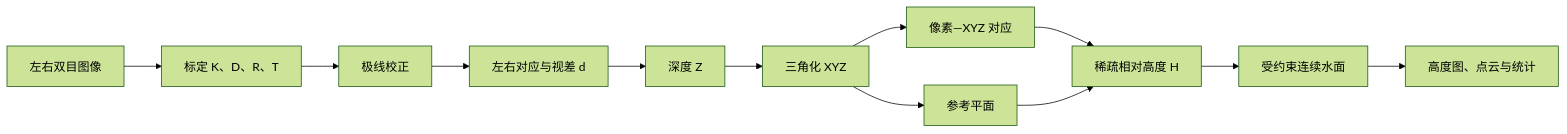
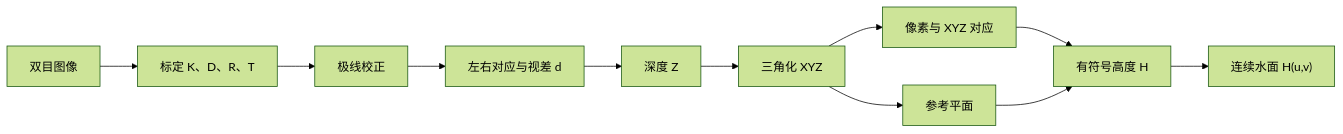
One commit to xenocrest/stereo-wave-height changed the diagram in PROJECT_PROGRESS_REPORT_ZH.md. Above: the diagram before and after it, drawn with Mermaid (forest theme). The commit also changed other lines of this file, not shown here.

````diff
--- a/PROJECT_PROGRESS_REPORT_ZH.md
+++ b/PROJECT_PROGRESS_REPORT_ZH.md
@@ -19,14 +17,13 @@
 ```mermaid
 flowchart LR
-    A[左右双目图像] --> B[标定 K、D、R、T]
-    B --> C[极线校正]
-    C --> D[左右对应与视差 d]
-    D --> E[深度 Z]
-    E --> F[三角化 XYZ]
-    F --> G[像素—XYZ 对应]
-    F --> H[参考平面]
-    G --> I[稀疏相对高度 H]
-    H --> I
-    I --> J[受约束连续水面]
-    J --> K[高度图、点云与统计]
+  A["双目图像"] --> B["标定 K、D、R、T"]
+  B --> C["极线校正"]
+  C --> D["左右对应与视差 d"]
+  D --> E["深度 Z"]
+  E --> F["三角化 XYZ"]
+  F --> G["像素与 XYZ 对应"]
+  F --> H["参考平面"]
+  G --> I["有符号高度 H"]
+  H --> I
+  I --> J["连续水面 H(u,v)"]
 ```
````
